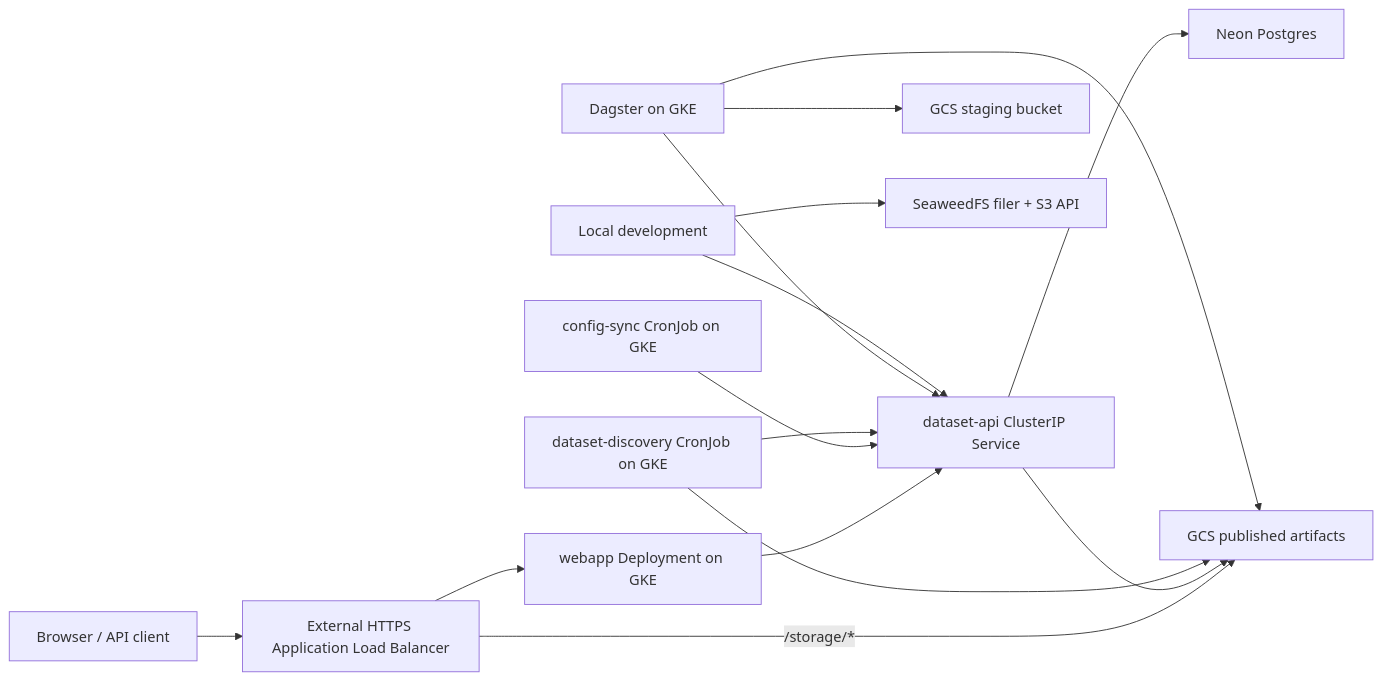
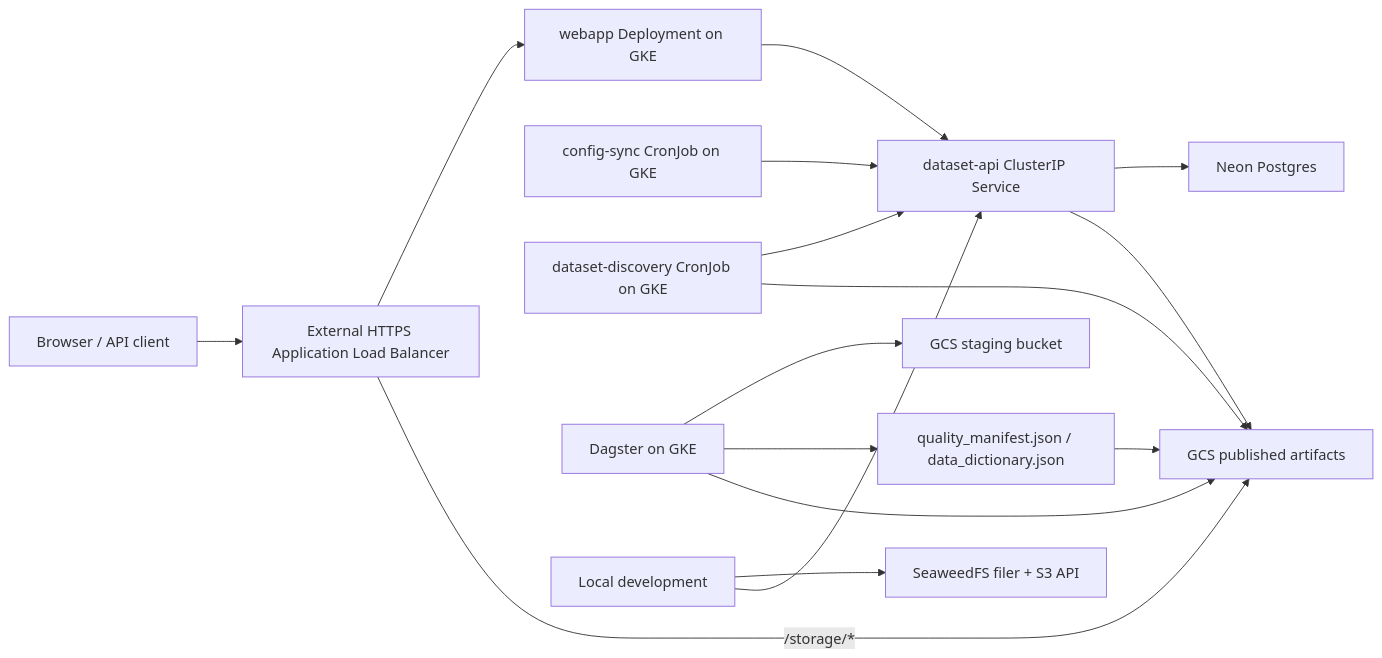
One commit to Public-Environmental-Data-Partners/hifld-next changed the diagram in docs/architecture.md. Above: the diagram before and after it, drawn with Mermaid. The commit also changed other lines of this file and 38 other files, not shown here.

````diff
--- a/docs/architecture.md
+++ b/docs/architecture.md
@@ -3,17 +3,18 @@
 ```mermaid
 flowchart LR
   user["Browser / API client"] --> alb["External HTTPS Application Load Balancer"]
   alb --> webapp["webapp Deployment on GKE"]
   alb -- "/storage/*" --> gcs["GCS published artifacts"]
   webapp --> api["dataset-api ClusterIP Service"]
   api --> db["Neon Postgres"]
   api --> gcs
   configsync["config-sync CronJob on GKE"] --> api
   discovery["dataset-discovery CronJob on GKE"] --> api
   discovery --> gcs
   dagster["Dagster on GKE"] --> staging["GCS staging bucket"]
+  dagster --> metadata["quality_manifest.json / data_dictionary.json"]
+  metadata --> gcs
   dagster --> gcs
-  dagster --> api
   local["Local development"] --> seaweed["SeaweedFS filer + S3 API"]
   local --> api
 ```
````
